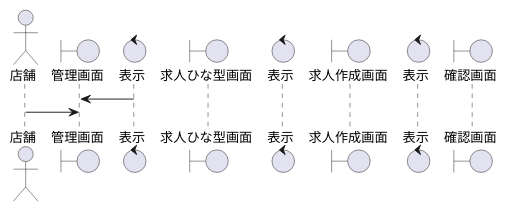
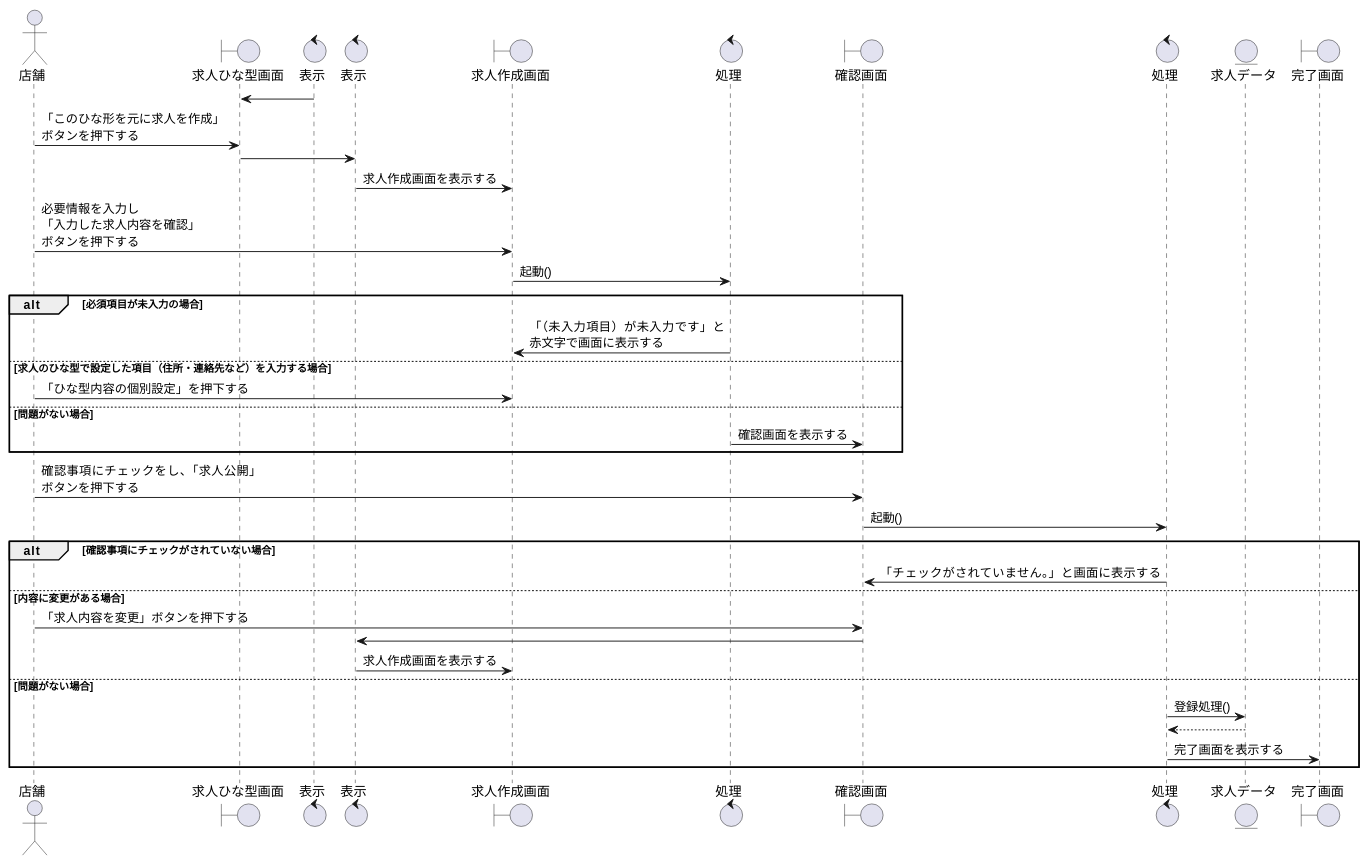
One commit to irukacb256/high_Me changed the diagram in sequence_fig/8_storeside_fn/01_求人の掲載をする.pu. Above: the diagram before and after it, drawn with PlantUML. The commit also changed 1 other file, not shown here.

```diff
--- a/sequence_fig/8_storeside_fn/01_求人の掲載をする.pu
+++ b/sequence_fig/8_storeside_fn/01_求人の掲載をする.pu
@@ -1,20 +1,46 @@
 @startuml 求人の掲載をする
 
 actor 店舗 as st1
-boundary 管理画面 as b1
+boundary 求人ひな型画面 as b1
 control 表示 as co1
-boundary 求人ひな型画面 as b2
 control 表示 as co2
-boundary 求人作成画面 as b3
-control 表示 as co4
-boundary 確認画面 as b4
-
-
-
+boundary 求人作成画面 as b2
+control 処理 as co3
+boundary 確認画面 as b3
+control 処理 as co4
+entity 求人データ as e2
+boundary 完了画面 as b4
 
 
 b1   <- co1
-st1  -> b1
+st1  -> b1 :「このひな形を元に求人を作成」\nボタンを押下する
+b1   -> co2 :
+b2   <- co2 :求人作成画面を表示する
+st1  -> b2 :必要情報を入力し\n「入力した求人内容を確認」\nボタンを押下する
 
+b2   -> co3 :起動()
+    alt 必須項目が未入力の場合
+    b2  <- co3 :「（未入力項目）が未入力です」と\n赤文字で画面に表示する
+
+    else 求人のひな型で設定した項目（住所・連絡先など）を入力する場合
+    st1 -> b2 :「ひな型内容の個別設定」を押下する
+    else 問題がない場合
+    b3   <- co3 :確認画面を表示する
+    end
+
+st1  -> b3  :確認事項にチェックをし、「求人公開」\nボタンを押下する 
+
+b3   -> co4 :起動()
+    alt 確認事項にチェックがされていない場合
+    b3   <- co4 :「チェックがされていません。」と画面に表示する
+    else 内容に変更がある場合
+    st1  -> b3 :「求人内容を変更」ボタンを押下する
+    co2  <- b3
+    co2  -> b2 :求人作成画面を表示する
+    else 問題がない場合
+    co4  -> e2 :登録処理()
+    co4 <-- e2
+    b4   <- co4 :完了画面を表示する 
+    end
 
 @enduml
```
